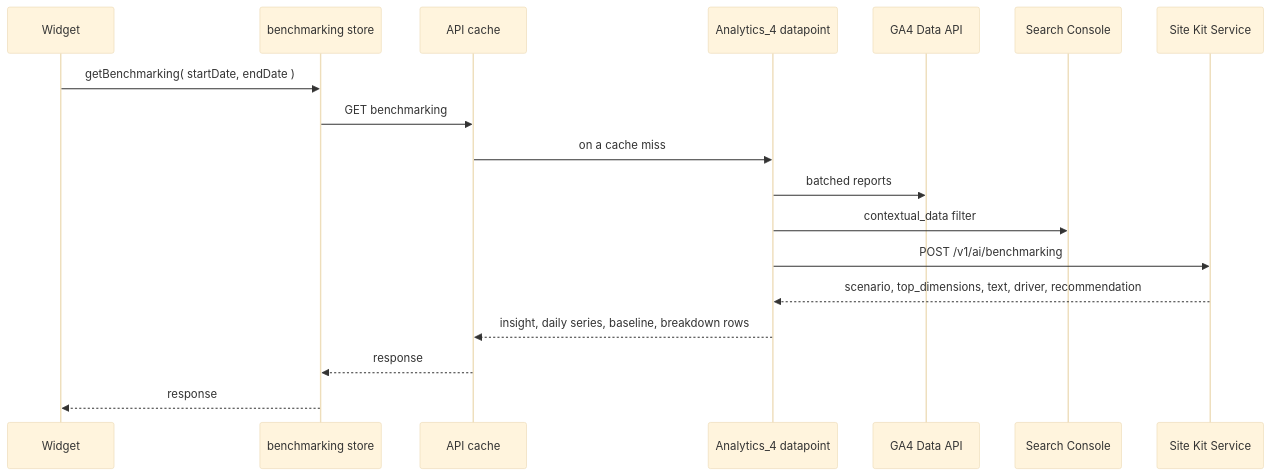
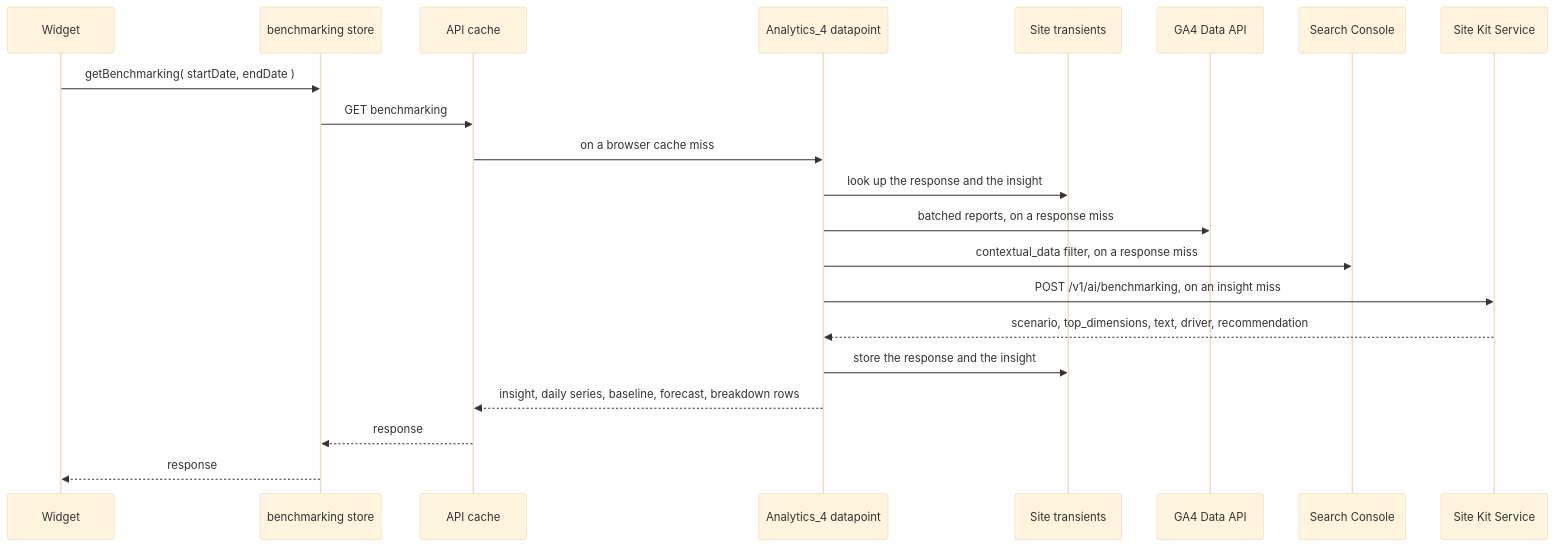
Before and after one commit to google/site-kit-wp: the first of 2 diagrams in docs/epics/performance-benchmarking/design-doc.md, drawn with Mermaid (base theme). The commit also changed other lines of this file, not shown here.

````diff
--- a/docs/epics/performance-benchmarking/design-doc.md
+++ b/docs/epics/performance-benchmarking/design-doc.md
@@ -81,20 +88,23 @@
 ```mermaid
 sequenceDiagram
     participant W as Widget
     participant S as benchmarking store
     participant C as API cache
     participant D as Analytics_4 datapoint
+    participant T as Site transients
     participant G as GA4 Data API
     participant SC as Search Console
     participant X as Site Kit Service
     W->>S: getBenchmarking( startDate, endDate )
     S->>C: GET benchmarking
-    C->>D: on a cache miss
-    D->>G: batched reports
-    D->>SC: contextual_data filter
-    D->>X: POST /v1/ai/benchmarking
+    C->>D: on a browser cache miss
+    D->>T: look up the response and the insight
+    D->>G: batched reports, on a response miss
+    D->>SC: contextual_data filter, on a response miss
+    D->>X: POST /v1/ai/benchmarking, on an insight miss
     X-->>D: scenario, top_dimensions, text, driver, recommendation
-    D-->>C: insight, daily series, baseline, breakdown rows
+    D->>T: store the response and the insight
+    D-->>C: insight, daily series, baseline, forecast, breakdown rows
     C-->>S: response
     S-->>W: response
 ```
````
